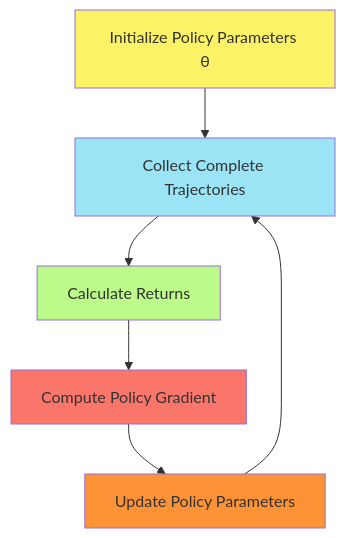
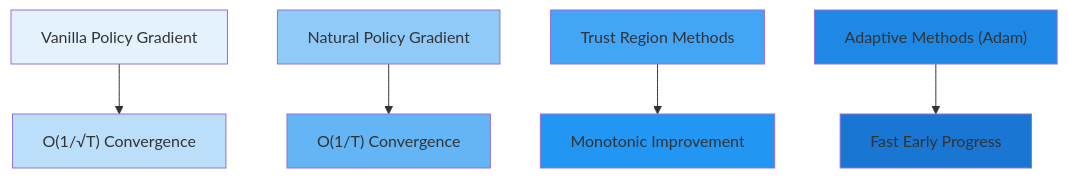
The second of 3 diagrams in C_2.md (Chaklader/DPRL-Policy-based-methods), drawn with Mermaid before and after one commit. The commit also changed other lines of this file, not shown here.

````diff
--- a/C_2.md
+++ b/C_2.md
@@ -986,13 +434,16 @@
 ```mermaid
 graph TD
-    A[Initialize Policy Parameters θ] --> B[Collect Complete Trajectories]
-    B --> C[Calculate Returns]
-    C --> D[Compute Policy Gradient]
-    D --> E[Update Policy Parameters]
-    E --> B
-    style A fill:#FBF266
-    style B fill:#9AE4F5
-    style C fill:#BCFB89
-    style D fill:#FA756A
-    style E fill:#FE9237
+    A["Vanilla Policy Gradient"] --> B["O(1/√T) Convergence"]
+    C["Natural Policy Gradient"] --> D["O(1/T) Convergence"]
+    E["Trust Region Methods"] --> F["Monotonic Improvement"]
+    G["Adaptive Methods (Adam)"] --> H["Fast Early Progress"]
+
+    style A fill:#E3F2FD
+    style B fill:#BBDEFB
+    style C fill:#90CAF9
+    style D fill:#64B5F6
+    style E fill:#42A5F5
+    style F fill:#2196F3
+    style G fill:#1E88E5
+    style H fill:#1976D2
 ```
````
